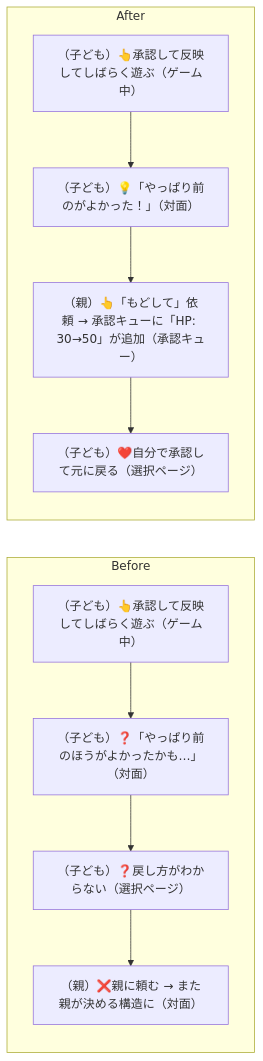
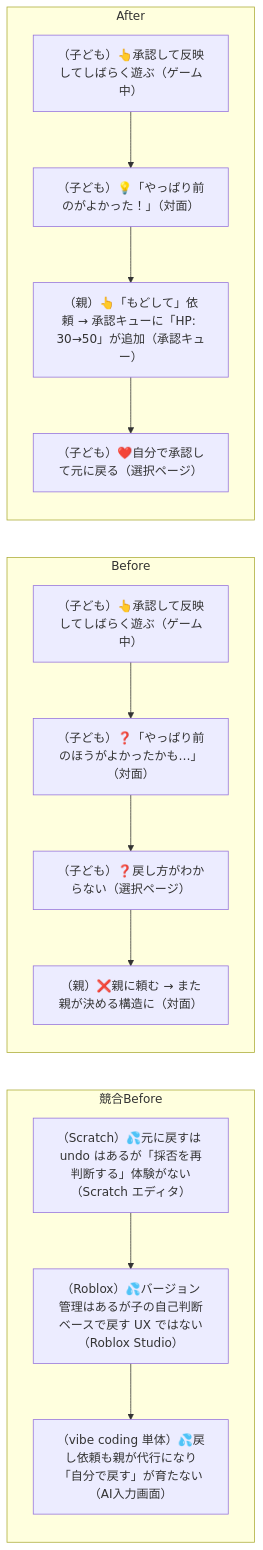
Before and after one commit to tatsuro-ueda/code-quest-pyxel: diagram 33 of 42 in docs/customer-journeys.md, drawn with Mermaid. The commit also changed other lines of this file, not shown here.

````diff
--- a/docs/customer-journeys.md
+++ b/docs/customer-journeys.md
@@ -984,15 +1005,20 @@
 ```mermaid
 flowchart LR
+    subgraph Competitor["競合Before"]
+        C1[（Scratch）💦元に戻すは undo はあるが「採否を再判断する」体験がない（Scratch エディタ）]
+        C1 --> C2[（Roblox）💦バージョン管理はあるが子の自己判断ベースで戻す UX ではない（Roblox Studio）]
+        C2 --> C3[（vibe coding 単体）💦戻し依頼も親が代行になり「自分で戻す」が育たない（AI入力画面）]
+    end
     subgraph Before["Before"]
         B1[（子ども）👆承認して反映してしばらく遊ぶ（ゲーム中）]
         B1 --> B2[（子ども）❓「やっぱり前のほうがよかったかも…」（対面）]
         B2 --> B3[（子ども）❓戻し方がわからない（選択ページ）]
         B3 --> B4[（親）❌親に頼む → また親が決める構造に（対面）]
     end
     subgraph After["After"]
         A1[（子ども）👆承認して反映してしばらく遊ぶ（ゲーム中）]
         A1 --> A2[（子ども）💡「やっぱり前のがよかった！」（対面）]
         A2 --> A3[（親）👆「もどして」依頼 → 承認キューに「HP: 30→50」が追加（承認キュー）]
         A3 --> A4[（子ども）❤️自分で承認して元に戻る（選択ページ）]
     end
 ```
````
